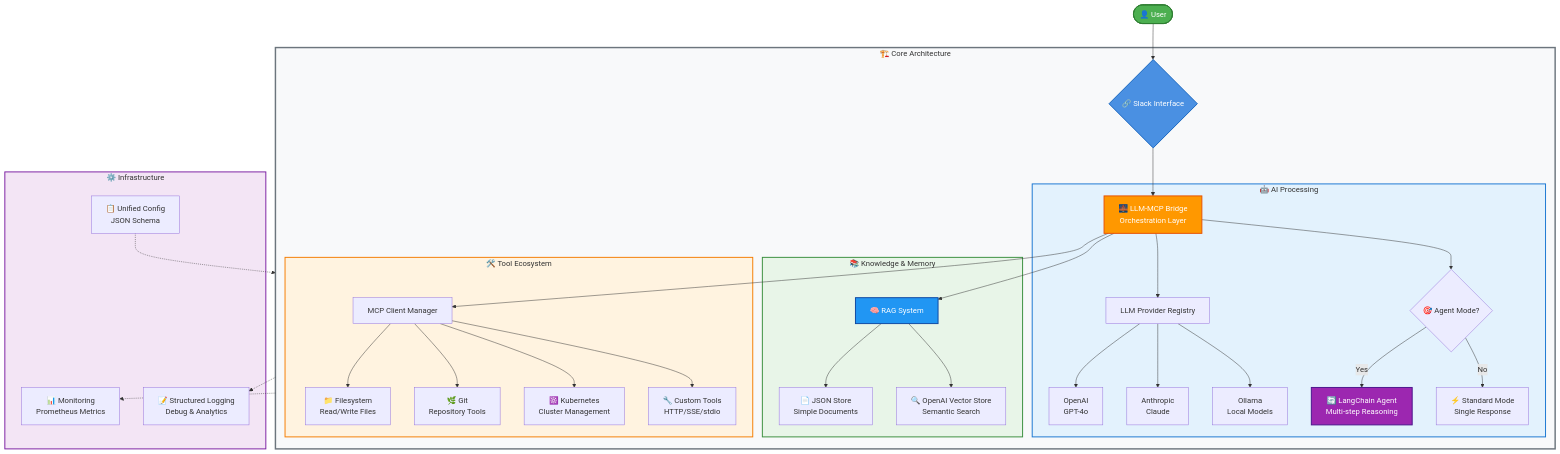
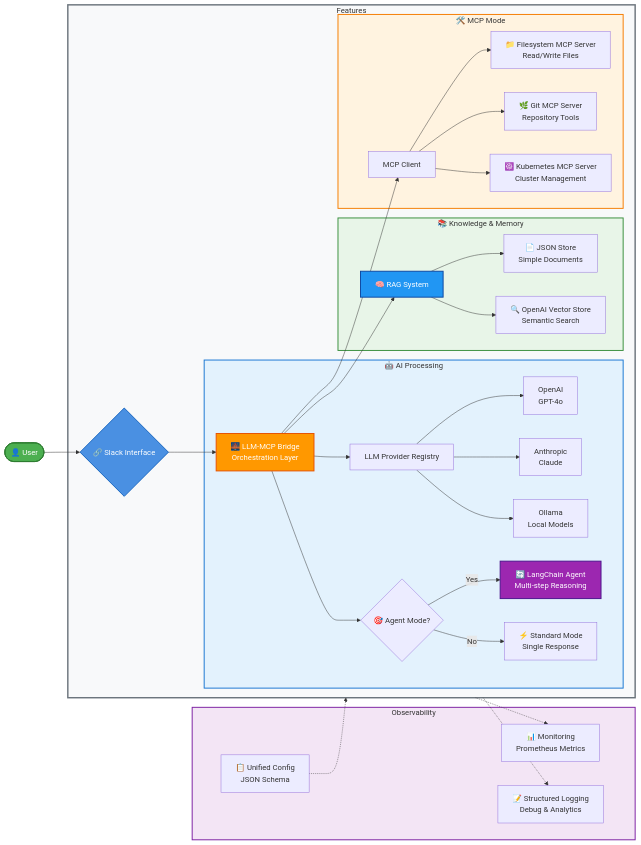
The diagram in README.md (tuannvm/slack-mcp-client), drawn with Mermaid before and after one commit.

Commit message:
docs(README): update mermaid diagram and architecture flowchart

````diff
--- a/README.md
+++ b/README.md
@@ -45,55 +45,55 @@
 ```mermaid
-flowchart TB
+flowchart LR
     User([👤 User]) --> Slack{🔗 Slack Interface}
+
+    subgraph Infrastructure[Observability]
+        Config[📋 Unified Config<br/>JSON Schema]
+        Monitoring[📊 Monitoring<br/>Prometheus Metrics]
+        Logging[📝 Structured Logging<br/>Debug & Analytics]
+    end
     
-    subgraph Core[🏗️ Core Architecture]
+    subgraph Core[Features]
         Slack --> Bridge[🌉 LLM-MCP Bridge<br/>Orchestration Layer]
         
         subgraph LLM[🤖 AI Processing]
             Bridge --> LLMRegistry[LLM Provider Registry]
             LLMRegistry --> OpenAI[OpenAI<br/>GPT-4o]
             LLMRegistry --> Anthropic[Anthropic<br/>Claude]
             LLMRegistry --> Ollama[Ollama<br/>Local Models]
             
             Bridge --> Agent{🎯 Agent Mode?}
             Agent -->|Yes| LangChain[🔄 LangChain Agent<br/>Multi-step Reasoning]
             Agent -->|No| Standard[⚡ Standard Mode<br/>Single Response]
         end
         
         subgraph Knowledge[📚 Knowledge & Memory]
             Bridge --> RAG[🧠 RAG System]
             RAG --> SimpleRAG[📄 JSON Store<br/>Simple Documents]
             RAG --> VectorRAG[🔍 OpenAI Vector Store<br/>Semantic Search]
         end
         
-        subgraph Tools[🛠️ Tool Ecosystem]
-            Bridge --> MCPManager[MCP Client Manager]
-            MCPManager --> FileSystem[📁 Filesystem<br/>Read/Write Files]
-            MCPManager --> Git[🌿 Git<br/>Repository Tools]
-            MCPManager --> Kubernetes[☸️ Kubernetes<br/>Cluster Management]
-            MCPManager --> Custom[🔧 Custom Tools<br/>HTTP/SSE/stdio]
+        subgraph Tools[🛠️ MCP Mode]
+            Bridge --> MCPManager[MCP Client]
+            MCPManager --> FileSystem[📁 Filesystem MCP Server<br/>Read/Write Files]
+            MCPManager --> Git[🌿 Git MCP Server <br/>Repository Tools]
+            MCPManager --> Kubernetes[☸️ Kubernetes MCP Server<br/>Cluster Management]
         end
     end
     
-    subgraph Infrastructure[⚙️ Infrastructure]
-        Config[📋 Unified Config<br/>JSON Schema]
-        Monitoring[📊 Monitoring<br/>Prometheus Metrics]
-        Logging[📝 Structured Logging<br/>Debug & Analytics]
-    end
     
     Config -.-> Core
     Core -.-> Monitoring
     Core -.-> Logging
     
     style Core fill:#F8F9FA,stroke:#6C757D,stroke-width:3px
     style LLM fill:#E3F2FD,stroke:#1976D2,stroke-width:2px
     style Knowledge fill:#E8F5E8,stroke:#388E3C,stroke-width:2px
     style Tools fill:#FFF3E0,stroke:#F57C00,stroke-width:2px
     style Infrastructure fill:#F3E5F5,stroke:#7B1FA2,stroke-width:2px
     
     style User fill:#4CAF50,stroke:#2E7D32,stroke-width:2px,color:#fff
     style Slack fill:#4A90E2,stroke:#1565C0,stroke-width:2px,color:#fff
     style Bridge fill:#FF9800,stroke:#E65100,stroke-width:2px,color:#fff
     style LangChain fill:#9C27B0,stroke:#4A148C,stroke-width:2px,color:#fff
     style RAG fill:#2196F3,stroke:#0D47A1,stroke-width:2px,color:#fff
 ```
````
